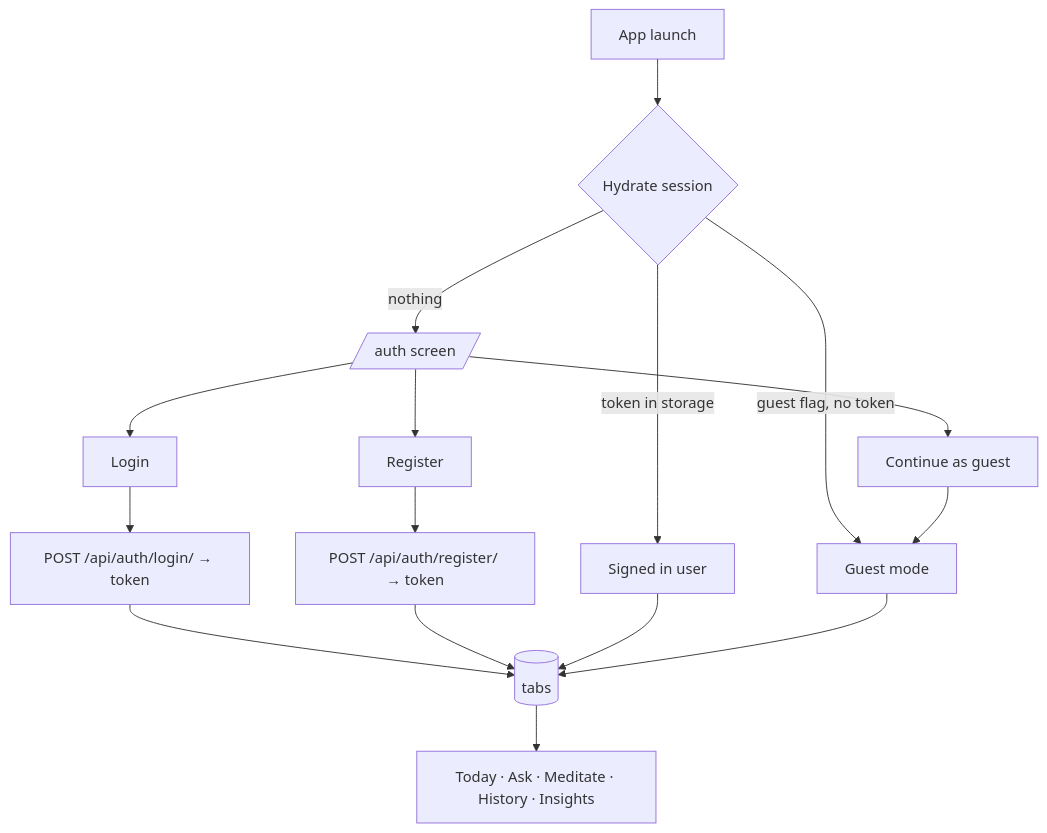
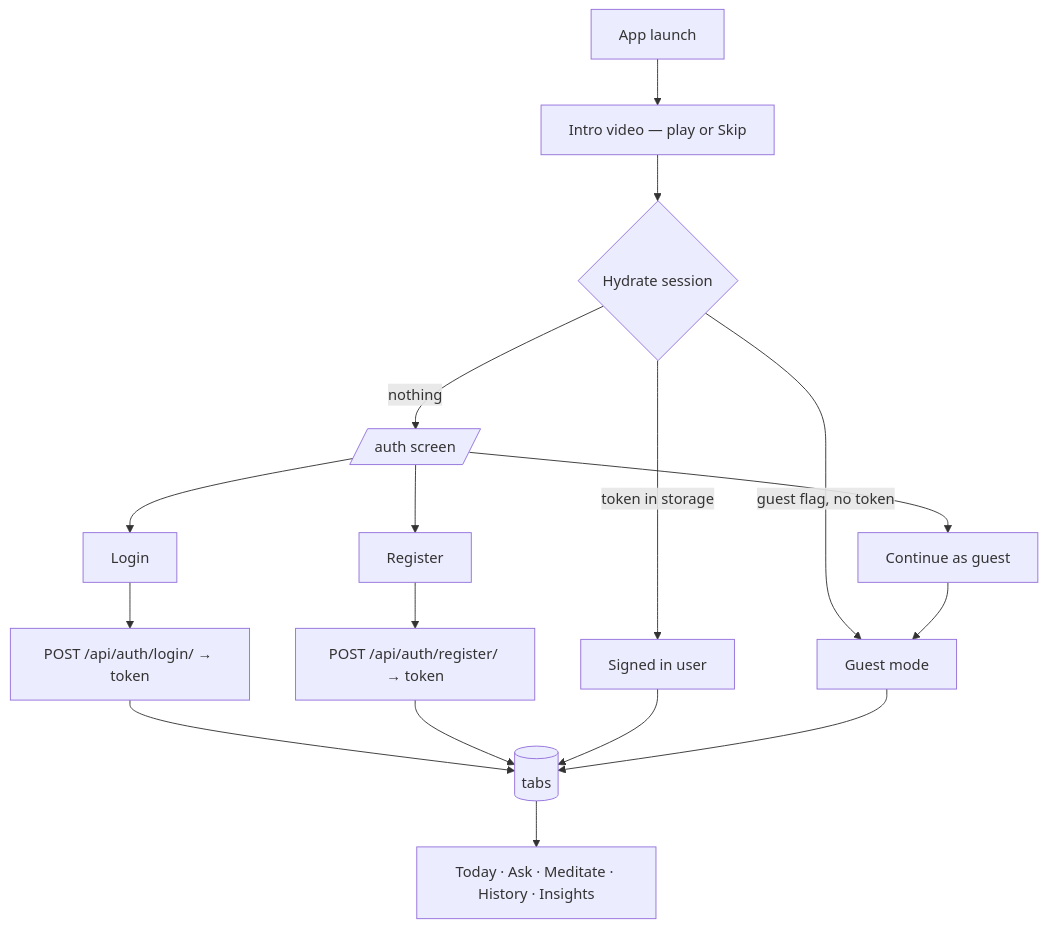
Before and after one commit to deeecoderrr/BhagwatGitaGuide: the first of 16 diagrams in docs/USER_APP_FLOWS.md, drawn with Mermaid. The commit also changed other lines of this file and 12 other files, not shown here.

````diff
--- a/docs/USER_APP_FLOWS.md
+++ b/docs/USER_APP_FLOWS.md
@@ -15,22 +15,23 @@
 ```mermaid
 flowchart TD
-  A[App launch] --> B{Hydrate session}
+  A[App launch] --> V[Intro video — play or Skip]
+  V --> B{Hydrate session}
   B -->|token in storage| C[Signed in user]
   B -->|guest flag, no token| D[Guest mode]
   B -->|nothing| E[/auth screen/]
 
   E --> F[Login]
   E --> G[Register]
   E --> H[Continue as guest]
 
   F --> I[POST /api/auth/login/ → token]
   G --> J[POST /api/auth/register/ → token]
   H --> D
 
   I --> K[(tabs)]
   J --> K
   C --> K
   D --> K
 
   K --> L[Today · Ask · Meditate · History · Insights]
 ```
````
